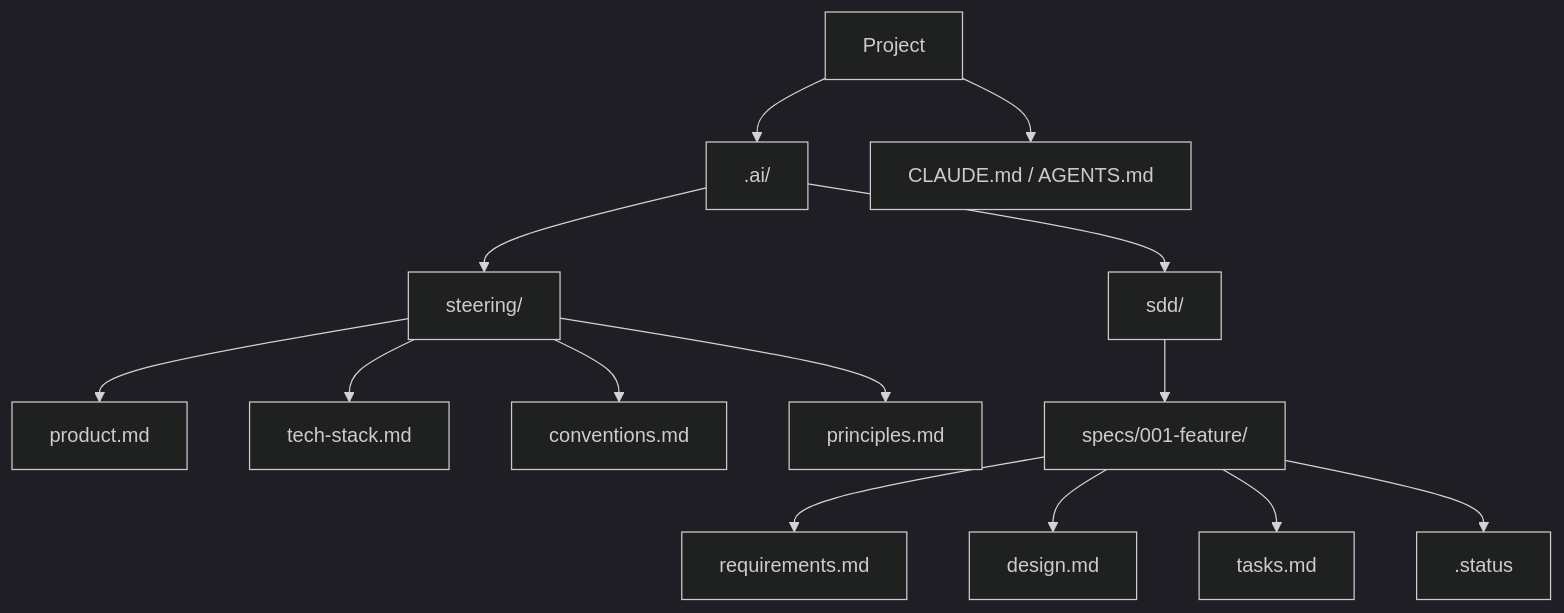
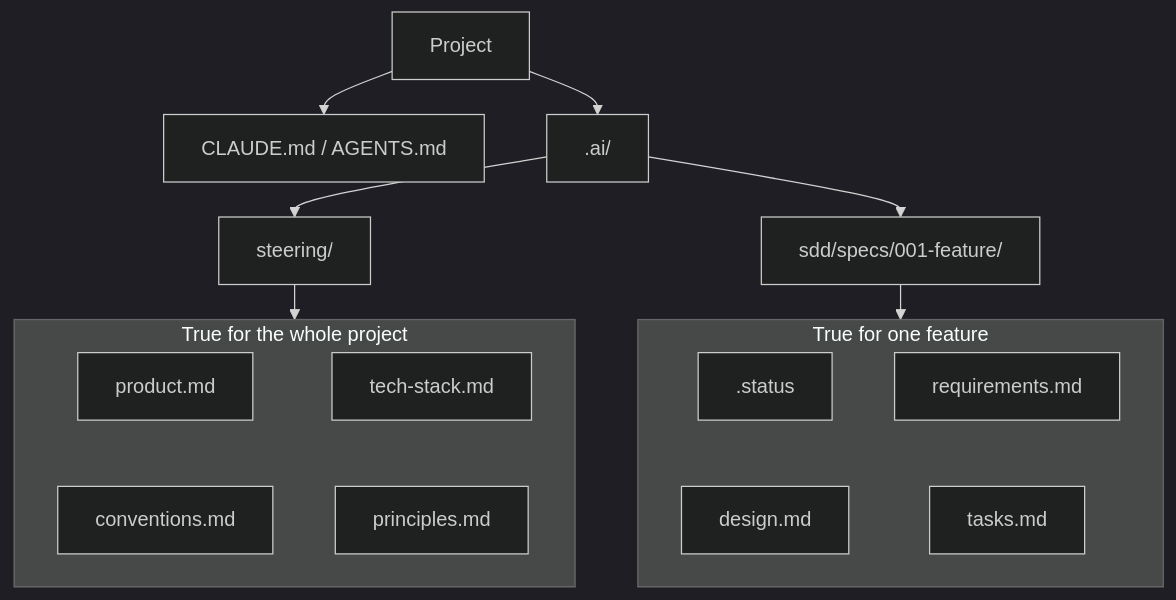
One commit to felipefontoura/spec-driven-development-book changed the third of 15 diagrams in BOOK.en.md. Above: the diagram before and after it, drawn with Mermaid (dark theme). The commit also changed other lines of this file and 1 other file, not shown here.

````diff
--- a/BOOK.en.md
+++ b/BOOK.en.md
@@ -339,21 +349,40 @@
 ```mermaid
-graph TD
-    ROOT[Project] --> AI[.ai/]
-    ROOT --> CM[CLAUDE.md / AGENTS.md]
+---
+config:
+  flowchart:
+    rankSpacing: 28
+---
+flowchart TB
+    ROOT[Project] --> CM[CLAUDE.md / AGENTS.md]
+    ROOT --> AI[.ai/]
     AI --> ST[steering/]
-    AI --> SDD[sdd/]
-    ST --> S1[product.md]
-    ST --> S2[tech-stack.md]
-    ST --> S3[conventions.md]
-    ST --> S4[principles.md]
-    SDD --> SP[specs/001-feature/]
-    SP --> R[requirements.md]
-    SP --> D[design.md]
-    SP --> T[tasks.md]
-    SP --> STAT[.status]
+    AI --> SP[sdd/specs/001-feature/]
+
+    subgraph GLOBAL["True for the whole project"]
+        direction TB
+        S1[product.md]
+        S2[tech-stack.md]
+        S3[conventions.md]
+        S4[principles.md]
+        S1 ~~~ S3
+        S2 ~~~ S4
+    end
+
+    subgraph FEATURE["True for one feature"]
+        direction TB
+        STAT[.status]
+        R[requirements.md]
+        D[design.md]
+        T[tasks.md]
+        STAT ~~~ D
+        R ~~~ T
+    end
+
+    ST --> GLOBAL
+    SP --> FEATURE
 
     class STAT accent;
     class R,D,T soft;
     class S1,S2,S3,S4 neutral;
-    class ROOT,AI,ST,SDD,SP,CM muted;
+    class ROOT,AI,ST,SP,CM muted;
 ```
````
